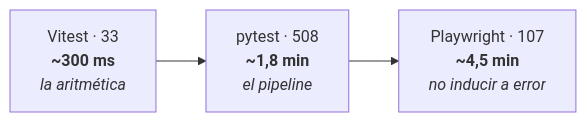
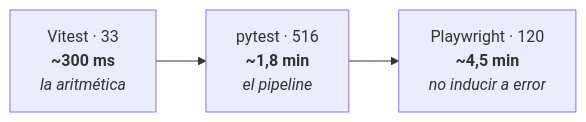
One commit to pedromaaz13/incendios_forestales_app changed the fourth of 5 diagrams in docs/ARQUITECTURA.md. Above: the diagram before and after it, drawn with Mermaid. The commit also changed other lines of this file and 1 other file, not shown here.

````diff
--- a/docs/ARQUITECTURA.md
+++ b/docs/ARQUITECTURA.md
@@ -159,7 +170,7 @@
 ```mermaid
 flowchart LR
     V["Vitest · 33<br/><b>~300 ms</b><br/><i>la aritmética</i>"]
-    P["pytest · 508<br/><b>~1,8 min</b><br/><i>el pipeline</i>"]
-    E["Playwright · 107<br/><b>~4,5 min</b><br/><i>no inducir a error</i>"]
+    P["pytest · 516<br/><b>~1,8 min</b><br/><i>el pipeline</i>"]
+    E["Playwright · 120<br/><b>~4,5 min</b><br/><i>no inducir a error</i>"]
     V --> P --> E
 ```
````
